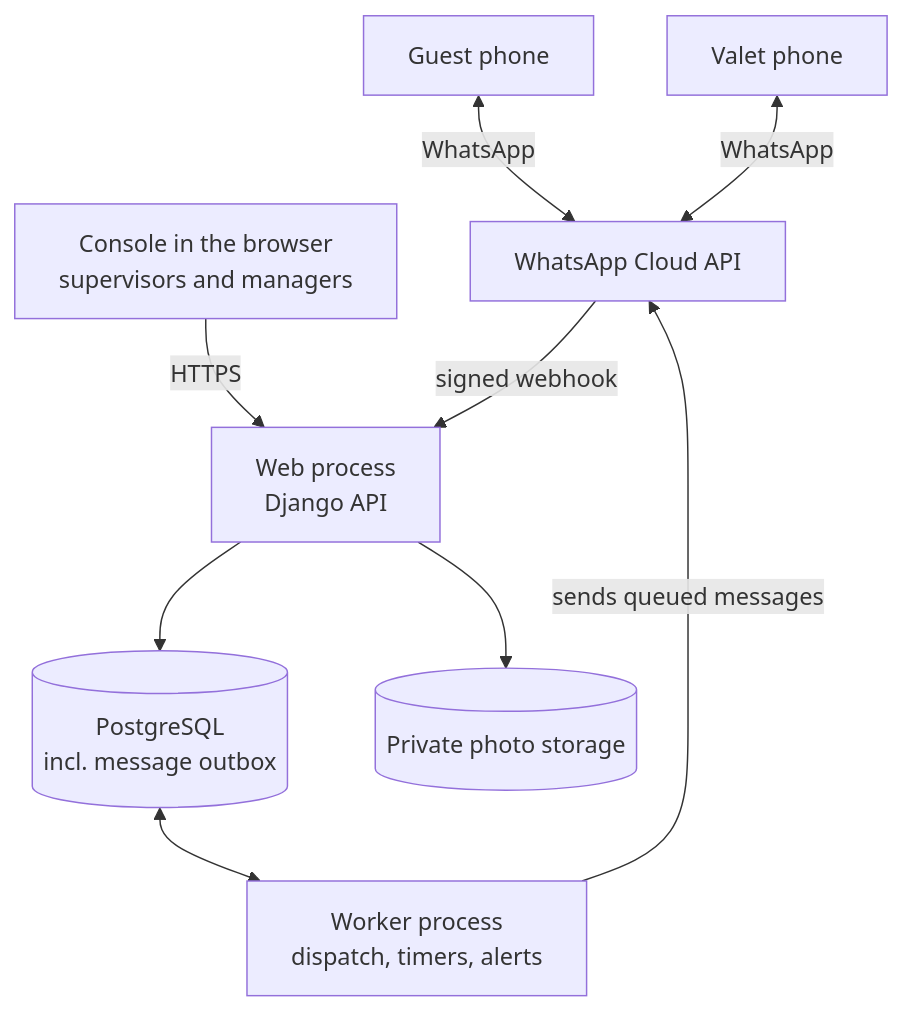
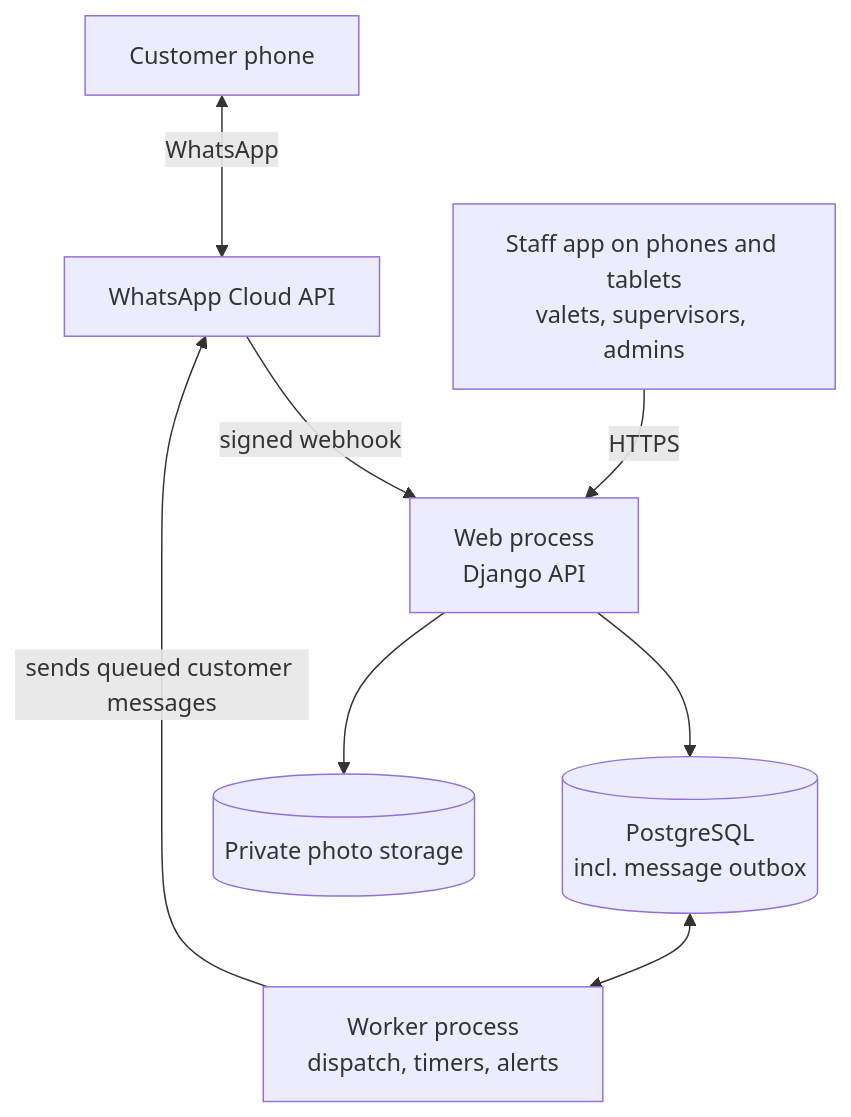
One commit to M7mdknh/Sallimha changed the first of 3 diagrams in docs/SYSTEM_OVERVIEW.md. Above: the diagram before and after it, drawn with Mermaid. The commit also changed other lines of this file and 69 other files, not shown here.

First line of the commit message:
Docs for the staff app pilot: overview, README demo, runbooks, onboarding, evidence and screenshots

````diff
--- a/docs/SYSTEM_OVERVIEW.md
+++ b/docs/SYSTEM_OVERVIEW.md
@@ -14,11 +16,10 @@
 ```mermaid
 flowchart TB
-  G[Guest phone] <-->|WhatsApp| WA[WhatsApp Cloud API]
-  V[Valet phone] <-->|WhatsApp| WA
-  S[Console in the browser<br/>supervisors and managers] -->|HTTPS| API
+  G[Customer phone] <-->|WhatsApp| WA[WhatsApp Cloud API]
   WA -->|signed webhook| API[Web process<br/>Django API]
+  V[Staff app on phones and tablets<br/>valets, supervisors, admins] -->|HTTPS| API
   API --> DB[(PostgreSQL<br/>incl. message outbox)]
   API --> B[(Private photo storage)]
   DB <--> W[Worker process<br/>dispatch, timers, alerts]
-  W -->|sends queued messages| WA
+  W -->|sends queued customer messages| WA
 ```
````
